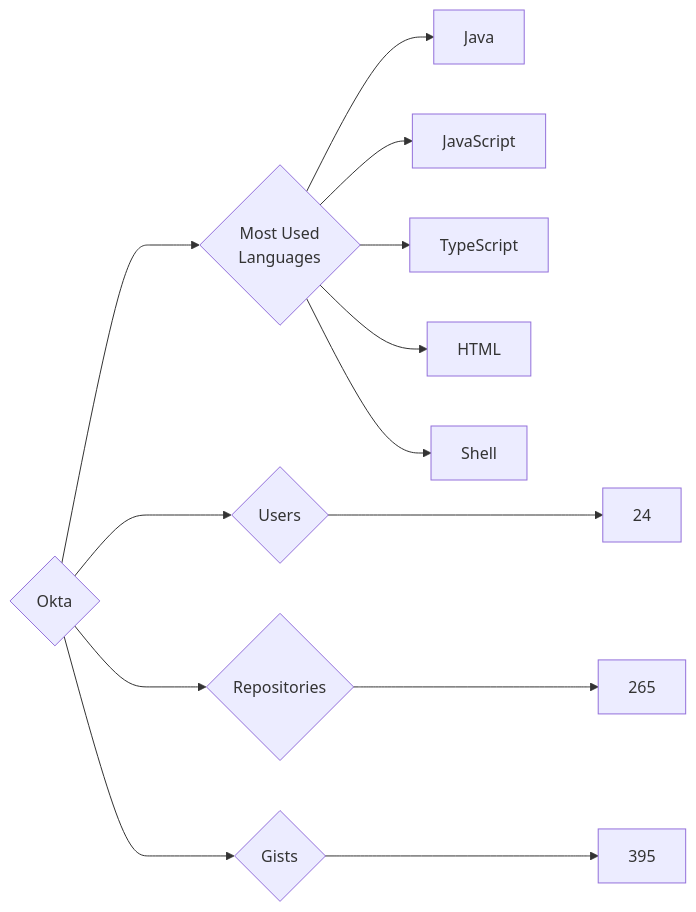
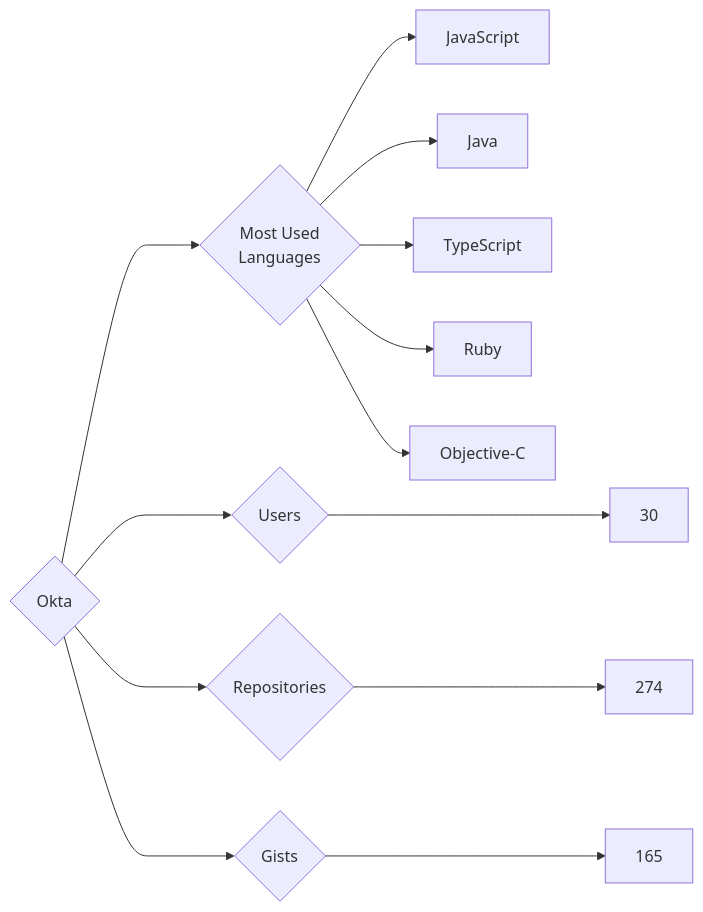
The diagram in targets/Okta/README.md (trickest/insiders), drawn with Mermaid before and after one commit. The commit also changed 953 other files, not shown here.

````diff
--- a/targets/Okta/README.md
+++ b/targets/Okta/README.md
@@ -3,13 +3,13 @@
 ```mermaid
 graph LR
 COMPANY_NAME{Okta}
-COMPANY_NAME ---> U{Users} ---> UN[24]
-COMPANY_NAME ---> R{Repositories} ---> RN[265]
-COMPANY_NAME ---> G{Gists} ---> GN[395]
+COMPANY_NAME ---> U{Users} ---> UN[30]
+COMPANY_NAME ---> R{Repositories} ---> RN[274]
+COMPANY_NAME ---> G{Gists} ---> GN[165]
 COMPANY_NAME ---> ML{Most Used<br>Languages}
+ML --> JavaScript[JavaScript]
 ML --> Java[Java]
-ML --> JavaScript[JavaScript]
 ML --> TypeScript[TypeScript]
-ML --> HTML[HTML]
-ML --> Shell[Shell]
+ML --> Ruby[Ruby]
+ML --> Objective-C[Objective-C]
 ```
````
